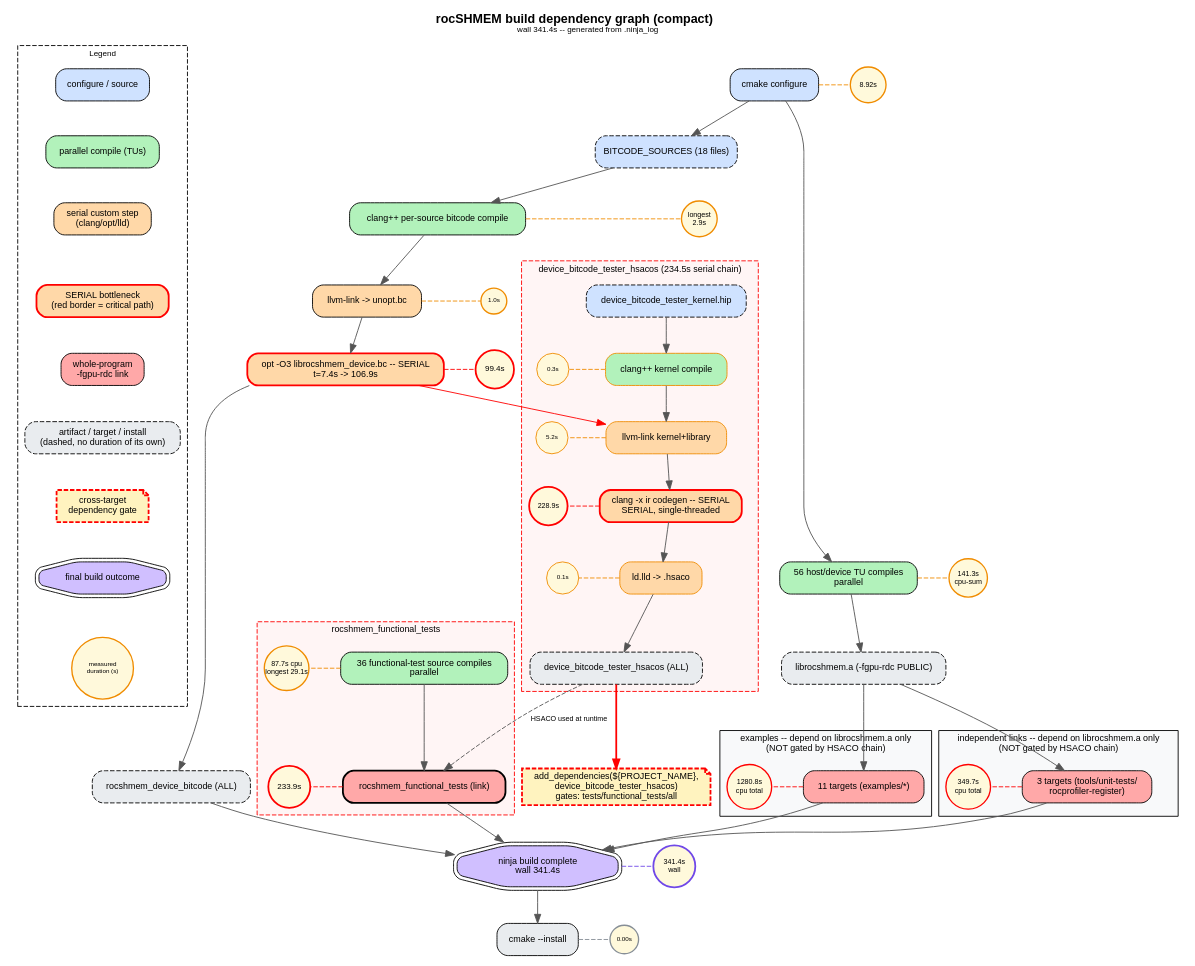
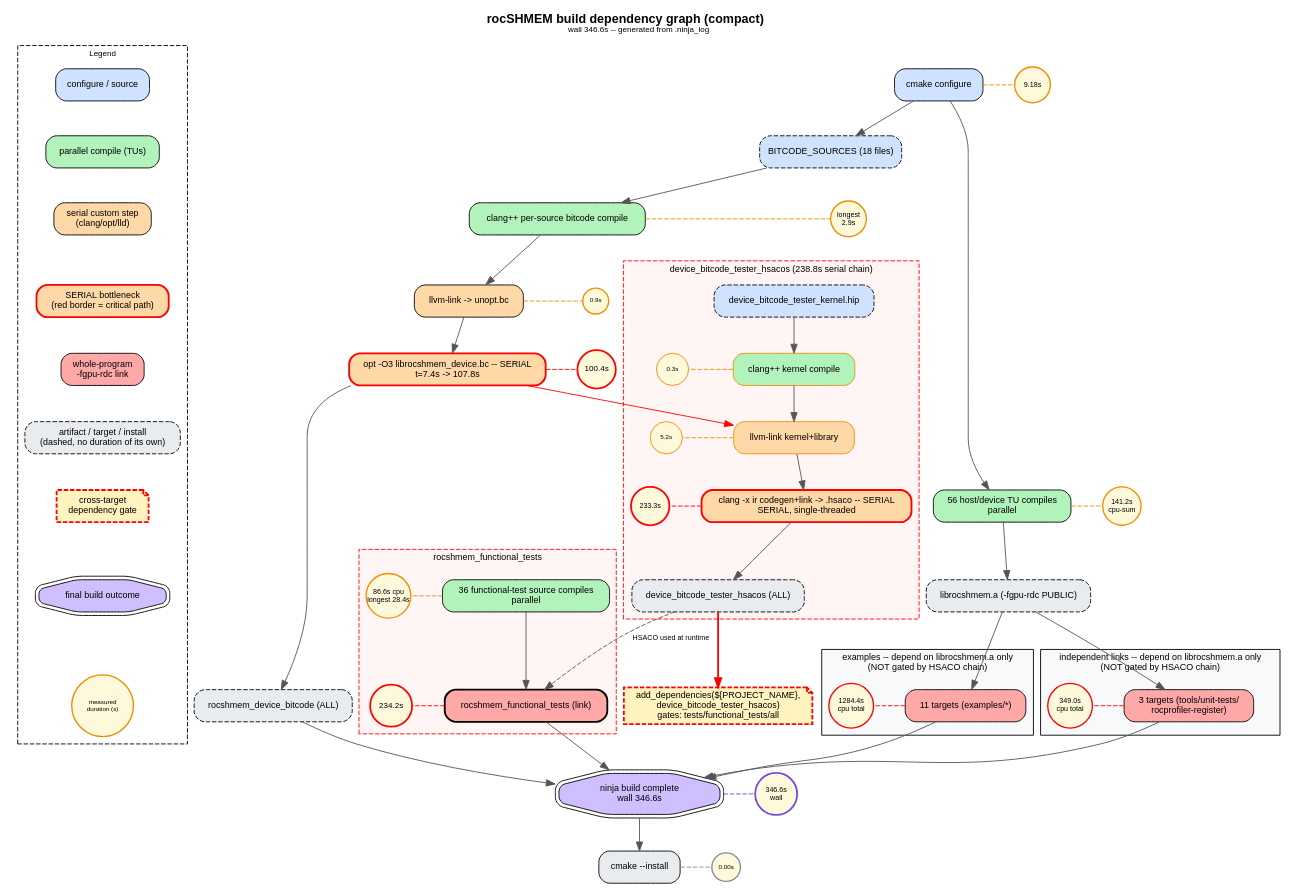
One commit to ROCm/rocm-systems changed the diagram in projects/rocshmem/docs/images/diagrams/build-dependency-graph-compact.dot. Above: the diagram before and after it, drawn with Graphviz. The commit also changed 6 other files, not shown here.

```diff
--- a/projects/rocshmem/docs/images/diagrams/build-dependency-graph-compact.dot
+++ b/projects/rocshmem/docs/images/diagrams/build-dependency-graph-compact.dot
@@ -1,153 +1,148 @@
 // rocSHMEM build dependency graph (compact)
 // Auto-generated by scripts/analysis/build_time_report.py from build/.ninja_log
 // and build/build.ninja -- do not hand-edit, re-run the script instead.
 // HSACO-chain add_dependencies() gates: tests/functional_tests/all.
 
 digraph rocshmem_build_compact {
   rankdir=TB; fontname="Helvetica"; labelloc="t";
-  label=<<B>rocSHMEM build dependency graph (compact)</B><BR/><FONT POINT-SIZE="9">wall 341.4s -- generated from .ninja_log</FONT>>;
+  label=<<B>rocSHMEM build dependency graph (compact)</B><BR/><FONT POINT-SIZE="9">wall 346.6s -- generated from .ninja_log</FONT>>;
   node [shape=box, style="rounded,filled", fontname="Helvetica", fontsize=10, margin="0.12,0.06"];
   edge [fontname="Helvetica", fontsize=8, color="#555555"];
 
   subgraph cluster_legend {
     label="Legend"; style=dashed; fontsize=9; rank=same;
     leg_config [label="configure / source", style="rounded,filled", fillcolor="#cfe2ff"];
     leg_parallel [label="parallel compile (TUs)", style="rounded,filled", fillcolor="#b2f2bb"];
     leg_serial [label="serial custom step
 (clang/opt/lld)", style="rounded,filled", fillcolor="#ffd8a8"];
     leg_bottleneck [label="SERIAL bottleneck
 (red border = critical path)", style="rounded,filled", fillcolor="#ffd8a8", color=red, penwidth=2];
     leg_link [label="whole-program
 -fgpu-rdc link", style="rounded,filled", fillcolor="#ffa8a8"];
     leg_artifact [label="artifact / target / install
 (dashed, no duration of its own)", style="rounded,filled,dashed", fillcolor="#e9ecef"];
     leg_gate [label="cross-target
 dependency gate", style="filled,dashed", fillcolor="#fff3bf", color=red, penwidth=2, shape=note];
     leg_done [label="final build outcome", style="rounded,filled", fillcolor="#d0bfff", shape=doubleoctagon];
     leg_duration [label="measured\nduration (s)", shape=circle, fixedsize=false, width=0.7, height=0.7, fontsize=7, fillcolor="#fff9db", color="#f08c00", penwidth=1.5];
     leg_config -> leg_parallel -> leg_serial -> leg_bottleneck -> leg_link -> leg_artifact -> leg_gate -> leg_done -> leg_duration [style=invis];
   }
 
   cmake_configure [label="cmake configure", style="rounded,filled", fillcolor="#cfe2ff"];
-  t_cmake_configure [label="8.92s", shape=circle, fixedsize=true, width=0.55, height=0.55, fontsize=8, fillcolor="#fff9db", color="#f08c00", penwidth=1.5];
+  t_cmake_configure [label="9.18s", shape=circle, fixedsize=true, width=0.55, height=0.55, fontsize=8, fillcolor="#fff9db", color="#f08c00", penwidth=1.5];
   cmake_configure -> t_cmake_configure [style=dashed, arrowhead=none, color="#f08c00", constraint=false, weight=0];
   {rank=same; cmake_configure; t_cmake_configure;}
   bc_sources [label="BITCODE_SOURCES (18 files)", style="rounded,filled,dashed", fillcolor="#cfe2ff"];
   bc_compile [label="clang++ per-source bitcode compile", style="rounded,filled", fillcolor="#b2f2bb"];
   t_bc_compile [label="longest
 2.9s", shape=circle, fixedsize=true, width=0.55, height=0.55, fontsize=8, fillcolor="#fff9db", color="#f08c00", penwidth=1.5];
   bc_compile -> t_bc_compile [style=dashed, arrowhead=none, color="#f08c00", constraint=false, weight=0];
   {rank=same; bc_compile; t_bc_compile;}
   bc_llvmlink [label="llvm-link -> unopt.bc", style="rounded,filled", fillcolor="#ffd8a8"];
-  t_bc_llvmlink [label="1.0s", shape=circle, fixedsize=true, width=0.4, height=0.4, fontsize=7, fillcolor="#fff9db", color="#f08c00", penwidth=1.5];
+  t_bc_llvmlink [label="0.9s", shape=circle, fixedsize=true, width=0.4, height=0.4, fontsize=7, fillcolor="#fff9db", color="#f08c00", penwidth=1.5];
   bc_llvmlink -> t_bc_llvmlink [style=dashed, arrowhead=none, color="#f08c00", constraint=false, weight=0];
   {rank=same; bc_llvmlink; t_bc_llvmlink;}
   bc_opt [label="opt -O3 librocshmem_device.bc -- SERIAL
-t=7.4s -> 106.9s", style="rounded,filled", fillcolor="#ffd8a8", color=red, penwidth=2];
-  t_bc_opt [label="99.4s", shape=circle, fixedsize=true, width=0.6, height=0.6, fontsize=9, fillcolor="#fff9db", color="red", penwidth=2];
+t=7.4s -> 107.8s", style="rounded,filled", fillcolor="#ffd8a8", color=red, penwidth=2];
+  t_bc_opt [label="100.4s", shape=circle, fixedsize=true, width=0.6, height=0.6, fontsize=9, fillcolor="#fff9db", color="red", penwidth=2];
   bc_opt -> t_bc_opt [style=dashed, arrowhead=none, color="red", constraint=false, weight=0];
   {rank=same; bc_opt; t_bc_opt;}
   bc_target [label="rocshmem_device_bitcode (ALL)", style="rounded,filled,dashed", fillcolor="#e9ecef"];
   cmake_configure -> bc_sources;
   bc_sources -> bc_compile;
   bc_compile -> bc_llvmlink;
   bc_llvmlink -> bc_opt;
   bc_opt -> bc_target;
   host_sources [label="56 host/device TU compiles
 parallel", style="rounded,filled", fillcolor="#b2f2bb"];
-  t_host_sources [label="141.3s
+  t_host_sources [label="141.2s
 cpu-sum", shape=circle, fixedsize=true, width=0.6, height=0.6, fontsize=8, fillcolor="#fff9db", color="#f08c00", penwidth=1.5];
   host_sources -> t_host_sources [style=dashed, arrowhead=none, color="#f08c00", constraint=false, weight=0];
   {rank=same; host_sources; t_host_sources;}
   host_archive [label="librocshmem.a (-fgpu-rdc PUBLIC)", style="rounded,filled,dashed", fillcolor="#e9ecef"];
   cmake_configure -> host_sources;
   host_sources -> host_archive;
   project_dep_hack [label="add_dependencies(${PROJECT_NAME},
 device_bitcode_tester_hsacos)
 gates: tests/functional_tests/all", style="filled,dashed", fillcolor="#fff3bf", color=red, penwidth=2, shape=note];
   subgraph cluster_hsaco {
-    label="device_bitcode_tester_hsacos (234.5s serial chain)";
+    label="device_bitcode_tester_hsacos (238.8s serial chain)";
     style="filled,dashed"; fillcolor="#fff5f5"; color=red; fontsize=10;
   kernel_hip [label="device_bitcode_tester_kernel.hip", style="rounded,filled,dashed", fillcolor="#cfe2ff"];
   kernel_compile [label="clang++ kernel compile", style="rounded,filled", fillcolor="#b2f2bb", color="#f08c00"];
   t_kernel_compile [label="0.3s", shape=circle, fixedsize=true, width=0.5, height=0.5, fontsize=7, fillcolor="#fff9db", color="#f08c00", penwidth=1];
   kernel_compile -> t_kernel_compile [style=dashed, arrowhead=none, color="#f08c00", constraint=false, weight=0];
   {rank=same; kernel_compile; t_kernel_compile;}
   kernel_unopt_link [label="llvm-link kernel+library", style="rounded,filled", fillcolor="#ffd8a8", color="#f08c00"];
   t_kernel_unopt_link [label="5.2s", shape=circle, fixedsize=true, width=0.5, height=0.5, fontsize=7, fillcolor="#fff9db", color="#f08c00", penwidth=1];
   kernel_unopt_link -> t_kernel_unopt_link [style=dashed, arrowhead=none, color="#f08c00", constraint=false, weight=0];
   {rank=same; kernel_unopt_link; t_kernel_unopt_link;}
-  kernel_codegen [label="clang -x ir codegen -- SERIAL
+  hsaco_lld [label="clang -x ir codegen+link -> .hsaco -- SERIAL
 SERIAL, single-threaded", style="rounded,filled", fillcolor="#ffd8a8", color=red, penwidth=2];
-  t_kernel_codegen [label="228.9s", shape=circle, fixedsize=true, width=0.6000000000000001, height=0.6000000000000001, fontsize=8, fillcolor="#fff9db", color="red", penwidth=2];
-  kernel_codegen -> t_kernel_codegen [style=dashed, arrowhead=none, color="red", constraint=false, weight=0];
-  {rank=same; kernel_codegen; t_kernel_codegen;}
-  hsaco_lld [label="ld.lld -> .hsaco", style="rounded,filled", fillcolor="#ffd8a8", color="#f08c00"];
-  t_hsaco_lld [label="0.1s", shape=circle, fixedsize=true, width=0.5, height=0.5, fontsize=7, fillcolor="#fff9db", color="#f08c00", penwidth=1];
-  hsaco_lld -> t_hsaco_lld [style=dashed, arrowhead=none, color="#f08c00", constraint=false, weight=0];
+  t_hsaco_lld [label="233.3s", shape=circle, fixedsize=true, width=0.6000000000000001, height=0.6000000000000001, fontsize=8, fillcolor="#fff9db", color="red", penwidth=2];
+  hsaco_lld -> t_hsaco_lld [style=dashed, arrowhead=none, color="red", constraint=false, weight=0];
   {rank=same; hsaco_lld; t_hsaco_lld;}
   hsaco_target [label="device_bitcode_tester_hsacos (ALL)", style="rounded,filled,dashed", fillcolor="#e9ecef"];
   }
   kernel_hip -> kernel_compile;
   kernel_compile -> kernel_unopt_link;
   bc_opt -> kernel_unopt_link [color=red];
-  kernel_unopt_link -> kernel_codegen;
-  kernel_codegen -> hsaco_lld;
+  kernel_unopt_link -> hsaco_lld;
   hsaco_lld -> hsaco_target;
   hsaco_target -> project_dep_hack [color=red, penwidth=2];
   subgraph cluster_examples {
     label="examples -- depend on librocshmem.a only
 (NOT gated by HSACO chain)";
     fillcolor="#f8f9fa"; style=filled; fontsize=10;
   examples_link [label="11 targets (examples/*)", style="rounded,filled", fillcolor="#ffa8a8"];
-  t_examples_link [label="1280.8s
+  t_examples_link [label="1284.4s
 cpu total", shape=circle, fixedsize=true, width=0.7, height=0.7, fontsize=8, fillcolor="#fff9db", color="red", penwidth=1.5];
   examples_link -> t_examples_link [style=dashed, arrowhead=none, color="red", constraint=false, weight=0];
   {rank=same; examples_link; t_examples_link;}
   }
   host_archive -> examples_link;
   subgraph cluster_consumers {
     label="independent links -- depend on librocshmem.a only
 (NOT gated by HSACO chain)";
     fillcolor="#f8f9fa"; style=filled; fontsize=10;
   other_links [label="3 targets (tools/unit-tests/
 rocprofiler-register)", style="rounded,filled", fillcolor="#ffa8a8"];
-  t_other_links [label="349.7s
+  t_other_links [label="349.0s
 cpu total", shape=circle, fixedsize=true, width=0.7, height=0.7, fontsize=8, fillcolor="#fff9db", color="red", penwidth=1.5];
   other_links -> t_other_links [style=dashed, arrowhead=none, color="red", constraint=false, weight=0];
   {rank=same; other_links; t_other_links;}
   }
   host_archive -> other_links;
   subgraph cluster_functest {
     label="rocshmem_functional_tests";
     style="filled,dashed"; fillcolor="#fff5f5"; color=red; fontsize=10;
   functest_sources [label="36 functional-test source compiles
 parallel", style="rounded,filled", fillcolor="#b2f2bb"];
-  t_functest_sources [label="87.7s cpu
-longest 29.1s", shape=circle, fixedsize=true, width=0.7, height=0.7, fontsize=8, fillcolor="#fff9db", color="#f08c00", penwidth=1.5];
+  t_functest_sources [label="86.6s cpu
+longest 28.4s", shape=circle, fixedsize=true, width=0.7, height=0.7, fontsize=8, fillcolor="#fff9db", color="#f08c00", penwidth=1.5];
   functest_sources -> t_functest_sources [style=dashed, arrowhead=none, color="#f08c00", constraint=false, weight=0];
   {rank=same; functest_sources; t_functest_sources;}
   functest_link [label="rocshmem_functional_tests (link)", style="rounded,filled", fillcolor="#ffa8a8", penwidth=2];
-  t_functest_link [label="233.9s", shape=circle, fixedsize=true, width=0.65, height=0.65, fontsize=9, fillcolor="#fff9db", color="red", penwidth=2];
+  t_functest_link [label="234.2s", shape=circle, fixedsize=true, width=0.65, height=0.65, fontsize=9, fillcolor="#fff9db", color="red", penwidth=2];
   functest_link -> t_functest_link [style=dashed, arrowhead=none, color="red", constraint=false, weight=0];
   {rank=same; functest_link; t_functest_link;}
   }
 
   functest_sources -> functest_link;
   hsaco_target -> functest_link [style=dashed, label="  HSACO used at runtime"];
   build_done [label="ninja build complete
-wall 341.4s", style="rounded,filled", fillcolor="#d0bfff", shape=doubleoctagon];
-  t_build_done [label="341.4s
+wall 346.6s", style="rounded,filled", fillcolor="#d0bfff", shape=doubleoctagon];
+  t_build_done [label="346.6s
 wall", shape=circle, fixedsize=true, width=0.65, height=0.65, fontsize=8, fillcolor="#fff9db", color="#7048e8", penwidth=2];
   build_done -> t_build_done [style=dashed, arrowhead=none, color="#7048e8", constraint=false, weight=0];
   {rank=same; build_done; t_build_done;}
   functest_link -> build_done;
   other_links -> build_done;
   examples_link -> build_done;
   bc_target -> build_done;
   install_step [label="cmake --install", style="rounded,filled", fillcolor="#e9ecef"];
   t_install_step [label="0.00s", shape=circle, fixedsize=true, width=0.45, height=0.45, fontsize=7, fillcolor="#fff9db", color="#868e96", penwidth=1.5];
   install_step -> t_install_step [style=dashed, arrowhead=none, color="#868e96", constraint=false, weight=0];
   {rank=same; install_step; t_install_step;}
   build_done -> install_step;
 }
```
